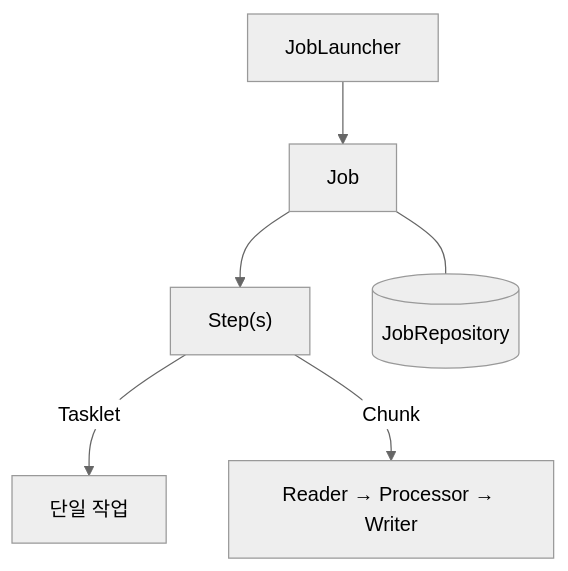
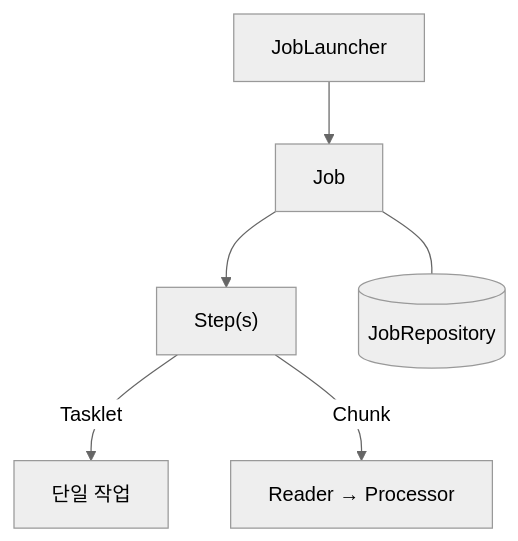
One commit to yjkim2015/yjkim2015.github.io changed the first of 5 diagrams in _posts/batch/2026-05-03-spring-batch-fundamentals.md. Above: the diagram before and after it, drawn with Mermaid (neutral theme). The commit also changed other lines of this file and 271 other files, not shown here.

First line of the commit message:
Mermaid 라벨 축소: 긴 노드 텍스트 18자 이하로 트림 + \n 제거

````diff
--- a/_posts/batch/2026-05-03-spring-batch-fundamentals.md
+++ b/_posts/batch/2026-05-03-spring-batch-fundamentals.md
@@ -32,8 +32,8 @@
 ```mermaid
 flowchart TD
     A["JobLauncher"] --> B["Job"]
     B --> C["Step(s)"]
     C -->|"Tasklet"| F["단일 작업"]
-    C -->|"Chunk"| G["Reader → Processor → Writer"]
+    C -->|"Chunk"| G["Reader → Processor"]
     B --- J[("JobRepository")]
 ```
````
